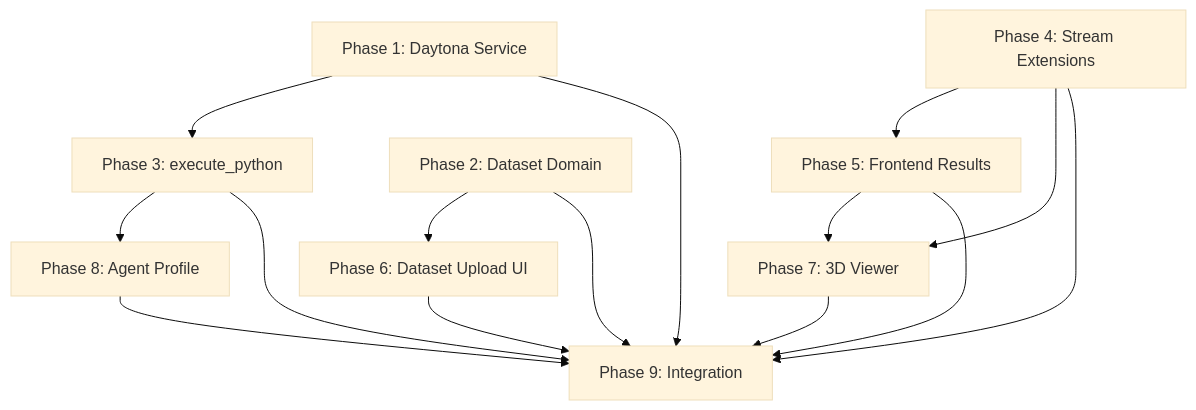
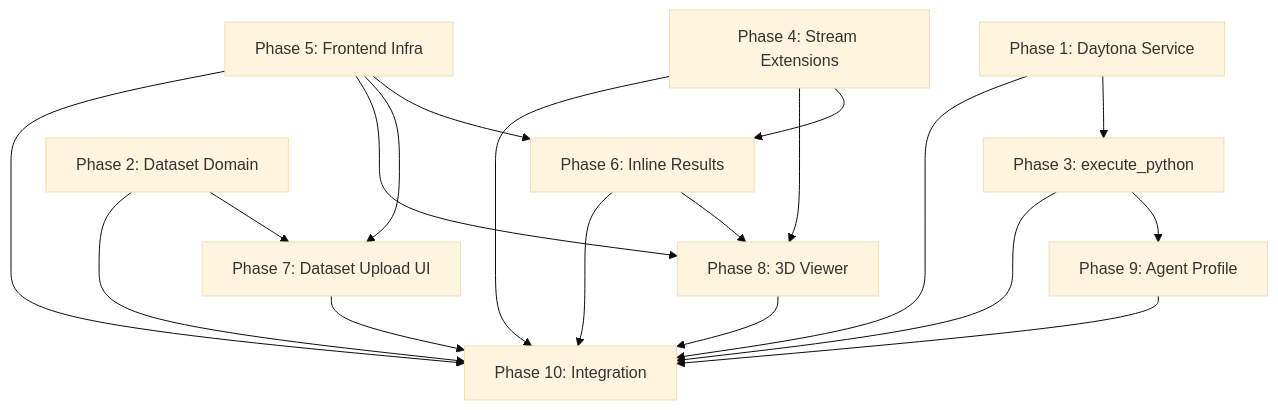
One commit to haowjy/meridian-flow changed the diagram in .meridian/work/biomedical-mvp/plan/status.md. Above: the diagram before and after it, drawn with Mermaid (base theme). The commit also changed other lines of this file and 18 other files, not shown here.

````diff
--- a/.meridian/work/biomedical-mvp/plan/status.md
+++ b/.meridian/work/biomedical-mvp/plan/status.md
@@ -15,10 +15,13 @@
 ```mermaid
 flowchart TD
     P1["Phase 1: Daytona Service"] --> P3["Phase 3: execute_python"]
-    P2["Phase 2: Dataset Domain"] --> P6["Phase 6: Dataset Upload UI"]
-    P3 --> P8["Phase 8: Agent Profile"]
-    P4["Phase 4: Stream Extensions"] --> P5["Phase 5: Frontend Results"]
-    P5 --> P7["Phase 7: 3D Viewer"]
-    P4 --> P7
-    P1 & P2 & P3 & P4 & P5 & P6 & P7 & P8 --> P9["Phase 9: Integration"]
+    P2["Phase 2: Dataset Domain"] --> P7["Phase 7: Dataset Upload UI"]
+    P3 --> P9["Phase 9: Agent Profile"]
+    P4["Phase 4: Stream Extensions"] --> P6["Phase 6: Inline Results"]
+    P5["Phase 5: Frontend Infra"] --> P6
+    P5 --> P7
+    P5 --> P8["Phase 8: 3D Viewer"]
+    P6 --> P8
+    P4 --> P8
+    P1 & P2 & P3 & P4 & P5 & P6 & P7 & P8 & P9 --> P10["Phase 10: Integration"]
 ```
````
